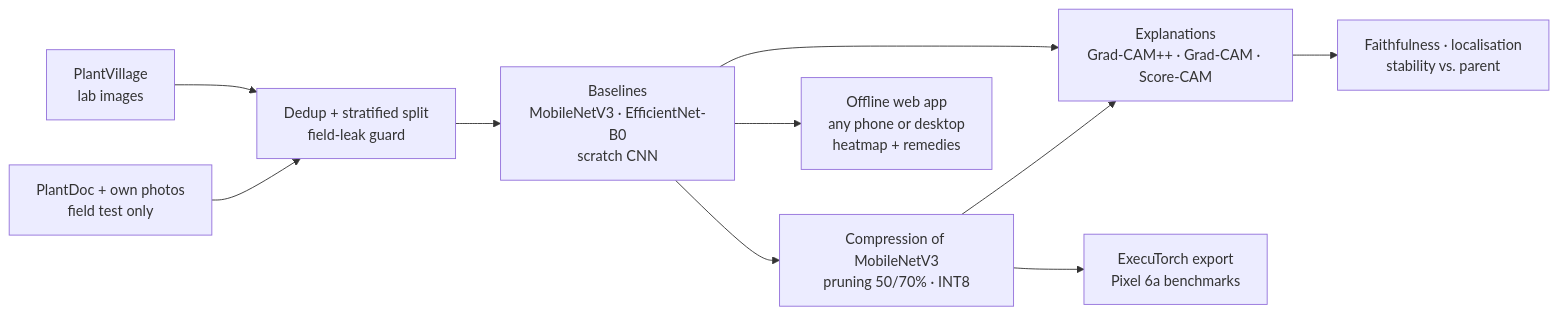
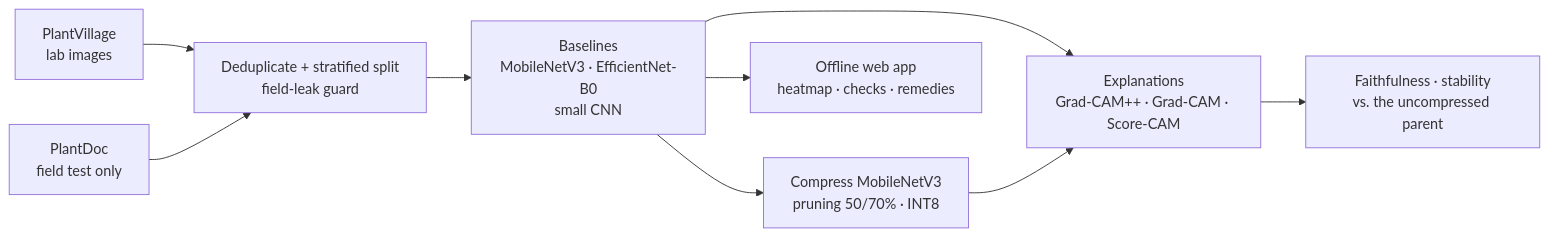
Before and after one commit to ranjanvrma/crop-disease-xai: the diagram in README.md, drawn with Mermaid. The commit also changed other lines of this file and 16 other files, not shown here.

````diff
--- a/README.md
+++ b/README.md
@@ -57,12 +76,11 @@
 ```mermaid
 flowchart LR
-    A[PlantVillage<br/>lab images] --> B[Dedup + stratified split<br/>field-leak guard]
-    F[PlantDoc + own photos<br/>field test only] --> B
-    B --> C[Baselines<br/>MobileNetV3 · EfficientNet-B0<br/>scratch CNN]
+    A[PlantVillage<br/>lab images] --> B[Deduplicate + stratified split<br/>field-leak guard]
+    F[PlantDoc<br/>field test only] --> B
+    B --> C[Baselines<br/>MobileNetV3 · EfficientNet-B0<br/>small CNN]
     C --> D[Explanations<br/>Grad-CAM++ · Grad-CAM · Score-CAM]
-    C --> E[Compression of MobileNetV3<br/>pruning 50/70% · INT8]
+    C --> E[Compress MobileNetV3<br/>pruning 50/70% · INT8]
     E --> D
-    D --> G[Faithfulness · localisation<br/>stability vs. parent]
-    E --> H[ExecuTorch export<br/>Pixel 6a benchmarks]
-    C --> W[Offline web app<br/>any phone or desktop<br/>heatmap + remedies]
+    D --> G[Faithfulness · stability<br/>vs. the uncompressed parent]
+    C --> W[Offline web app<br/>heatmap · checks · remedies]
 ```
````
